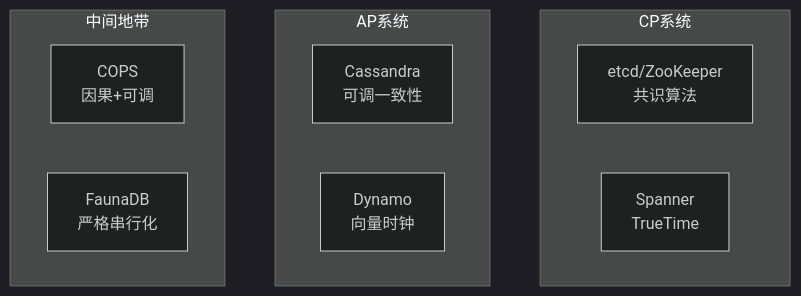
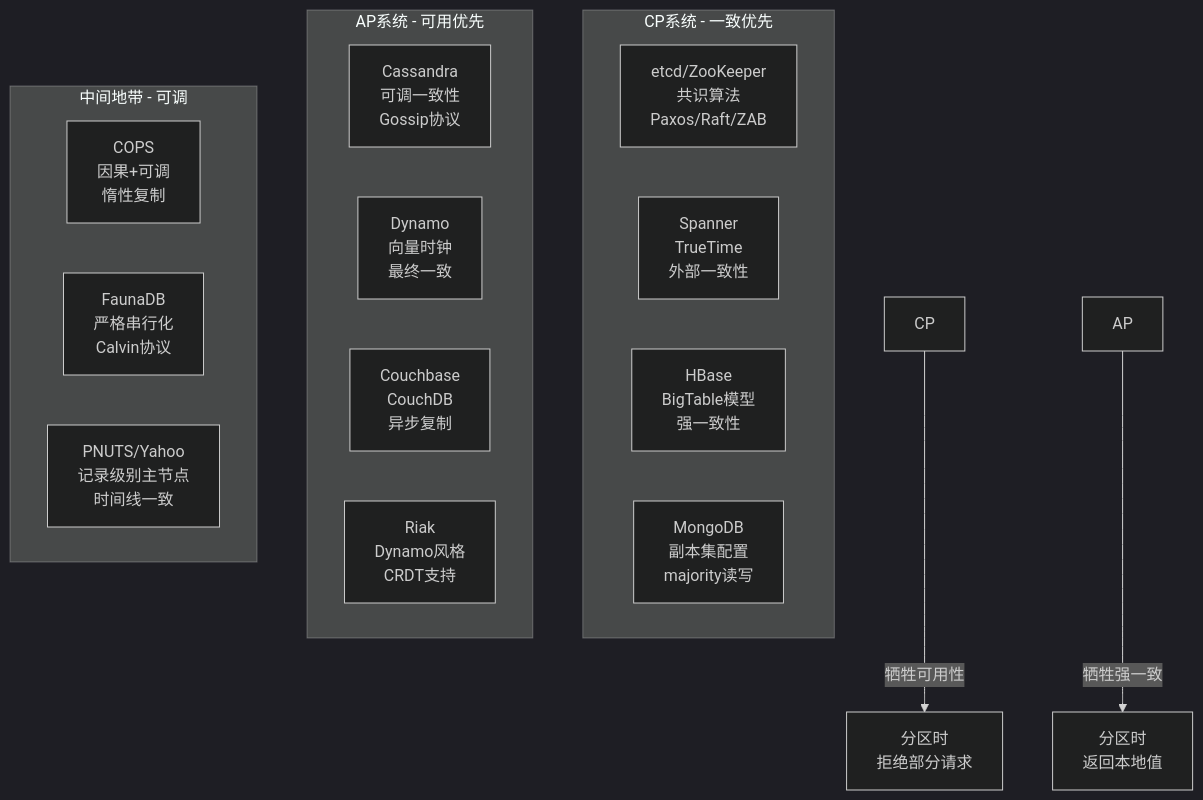
Before and after one commit to AdaMartin18010/AnalysisDataFlow: the second of 10 diagrams in formal-methods/03-model-taxonomy/04-consistency/02-cap-theorem.md, drawn with Mermaid (dark theme). The commit also changed other lines of this file and 38 other files, not shown here.

````diff
--- a/formal-methods/03-model-taxonomy/04-consistency/02-cap-theorem.md
+++ b/formal-methods/03-model-taxonomy/04-consistency/02-cap-theorem.md
@@ -100,17 +265,25 @@
 ```mermaid
 graph TB
-    subgraph "CP系统"
-        ETCD[etcd/ZooKeeper<br/>共识算法]
-        SPANNER[Spanner<br/>TrueTime]
+    subgraph "CP系统 - 一致优先"
+        ETCD[etcd/ZooKeeper<br/>共识算法<br/>Paxos/Raft/ZAB]
+        SPANNER[Spanner<br/>TrueTime<br/>外部一致性]
+        HBASE[HBase<br/>BigTable模型<br/>强一致性]
+        MONGO_CP[MongoDB<br/>副本集配置<br/>majority读写]
     end
 
-    subgraph "AP系统"
-        CASS[Cassandra<br/>可调一致性]
-        DYNAMO[Dynamo<br/>向量时钟]
+    subgraph "AP系统 - 可用优先"
+        CASS[Cassandra<br/>可调一致性<br/>Gossip协议]
+        DYNAMO[Dynamo<br/>向量时钟<br/>最终一致]
+        COUCH[Couchbase<br/>CouchDB<br/>异步复制]
+        RIAK[Riak<br/>Dynamo风格<br/>CRDT支持]
     end
 
-    subgraph "中间地带"
-        COPS[COPS<br/>因果+可调]
-        FAUNADB[FaunaDB<br/>严格串行化]
+    subgraph "中间地带 - 可调"
+        COPS[COPS<br/>因果+可调<br/>惰性复制]
+        FAUNA[FaunaDB<br/>严格串行化<br/>Calvin协议]
+        PNUTS[PNUTS/Yahoo<br/>记录级别主节点<br/>时间线一致]
     end
+
+    CP -->|牺牲可用性| CP_IMPL[分区时<br/>拒绝部分请求]
+    AP -->|牺牲强一致| AP_IMPL[分区时<br/>返回本地值]
 ```
````
